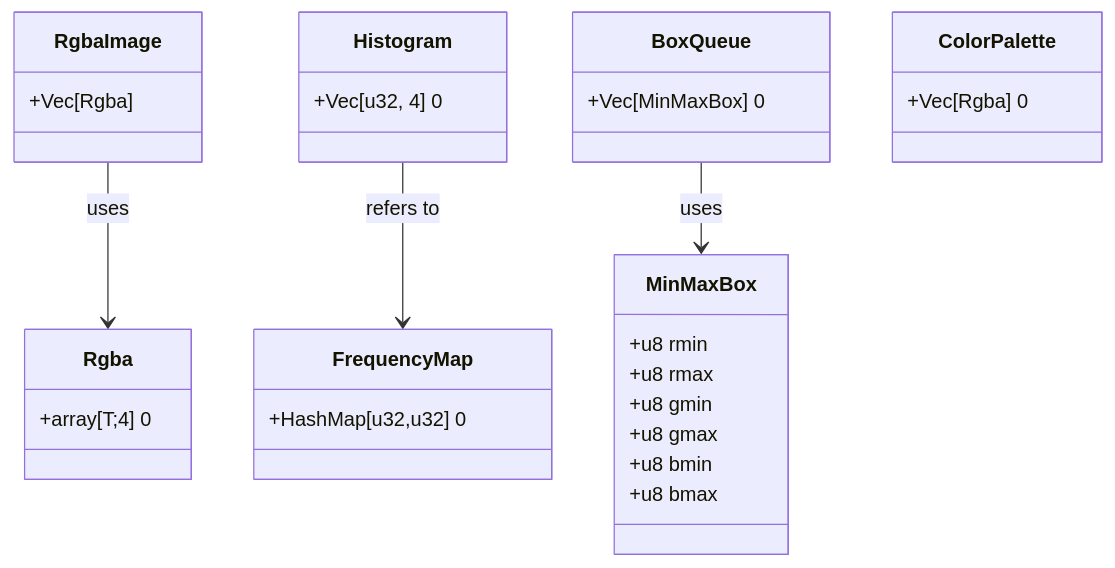
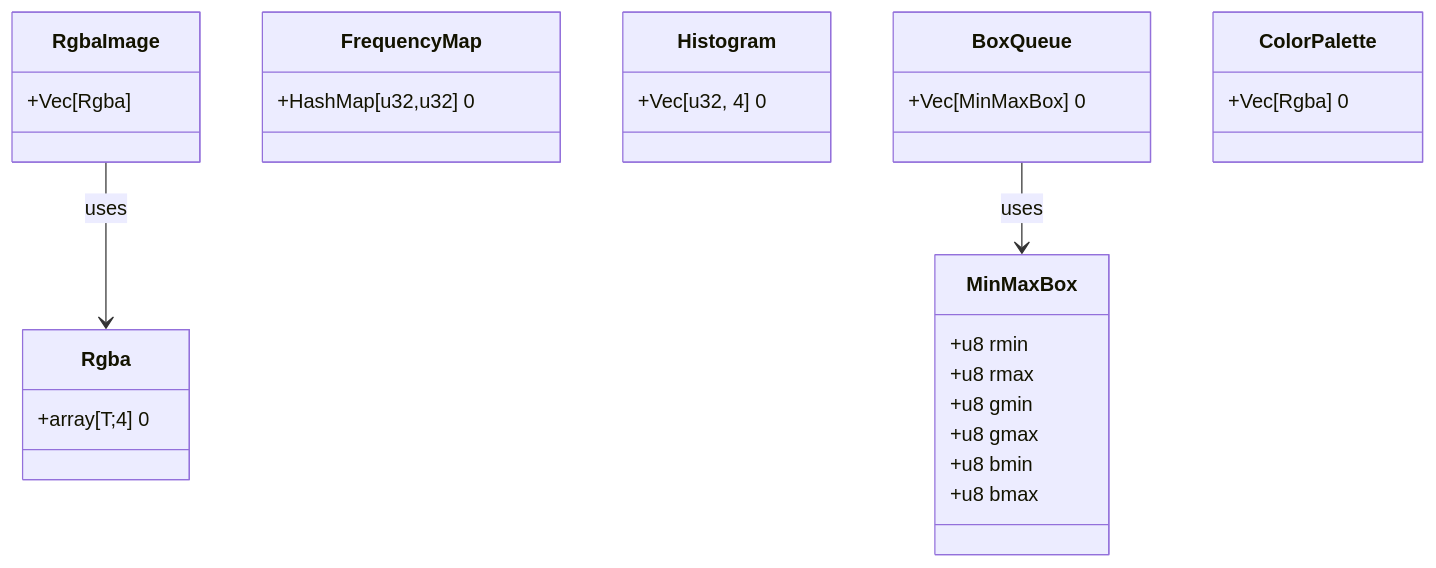
One commit to nedsantiago/color-thief-rs changed the first of 2 diagrams in README.md. Above: the diagram before and after it, drawn with Mermaid.

Commit message:
Removed a frequency map to histogram dependency

````diff
--- a/README.md
+++ b/README.md
@@ -21,32 +21,31 @@
 ```mermaid
 classDiagram
     class Rgba {
         +array[T;4] 0
     }
     class RgbaImage {
         +Vec[Rgba]
     }
     class MinMaxBox {
         +u8 rmin
         +u8 rmax
         +u8 gmin
         +u8 gmax
         +u8 bmin
         +u8 bmax
     }
     class FrequencyMap {
         +HashMap[u32,u32] 0
     }
     class Histogram {
         +Vec[u32, 4] 0
     }
     class BoxQueue {
         +Vec[MinMaxBox] 0
     }
     class ColorPalette {
         +Vec[Rgba] 0
     }
     BoxQueue --> MinMaxBox: uses
-    Histogram --> FrequencyMap: refers to
     RgbaImage --> Rgba: uses
 ```
````
